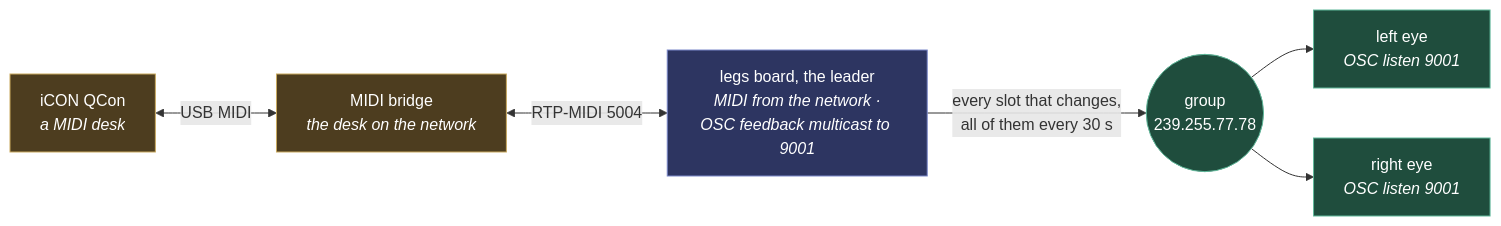
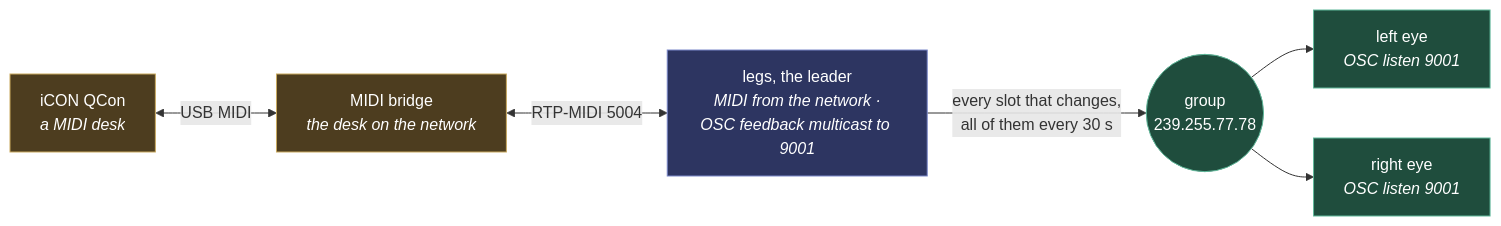
The diagram in docs/how-to/multi-board-installation.md (MoonModules/MoonLight), drawn with Mermaid before and after one commit. The commit also changed other lines of this file and 92 other files, not shown here.

````diff
--- a/docs/how-to/multi-board-installation.md
+++ b/docs/how-to/multi-board-installation.md
@@ -158,21 +158,21 @@
 ```mermaid
 flowchart LR
     desk["iCON QCon<br/><i>a MIDI desk</i>"]
     bridge["MIDI bridge<br/><i>the desk on the network</i>"]
-    leader["legs board, the leader<br/><i>MIDI from the network ·<br/>OSC feedback multicast to 9001</i>"]
+    leader["legs, the leader<br/><i>MIDI from the network ·<br/>OSC feedback multicast to 9001</i>"]
     group(("group<br/>239.255.77.78"))
     eyeL["left eye<br/><i>OSC listen 9001</i>"]
     eyeR["right eye<br/><i>OSC listen 9001</i>"]
 
     desk <-->|"USB MIDI"| bridge
     bridge <-->|"RTP-MIDI 5004"| leader
     leader -->|"every slot that changes,<br/>all of them every 30 s"| group
     group --> eyeL & eyeR
 
     classDef lead fill:#2d3561,stroke:#7b88c9,color:#fff
     classDef follow fill:#1f4d3d,stroke:#5fb89a,color:#fff
     classDef side fill:#4d3d1f,stroke:#c9a95f,color:#fff
     class leader lead
     class eyeL,eyeR,group follow
     class desk,bridge side
 ```
````
